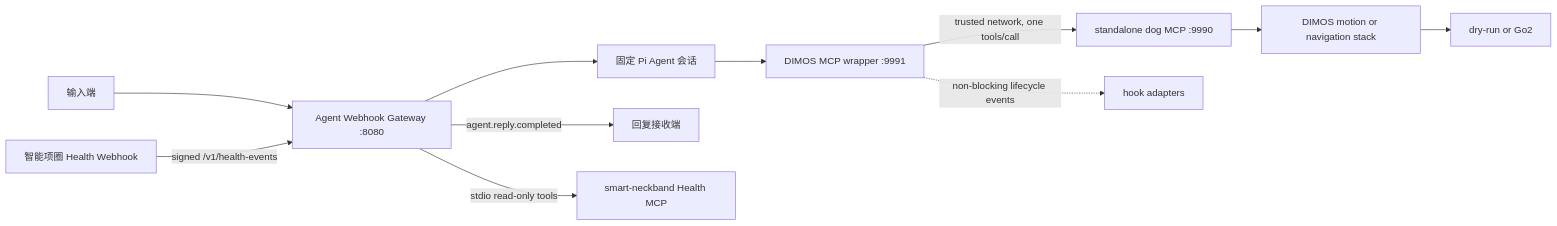
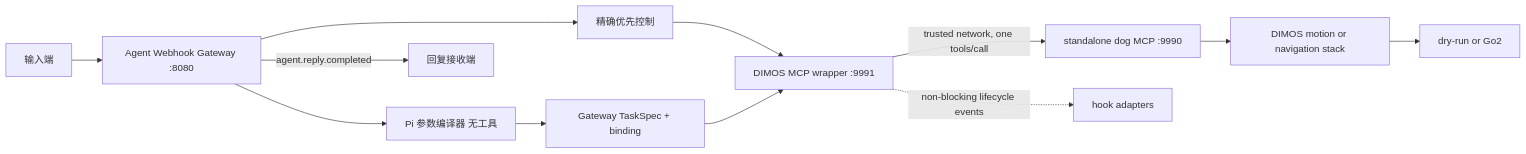
One commit to J9HSON/agent changed the diagram in CONTEXT.md. Above: the diagram before and after it, drawn with Mermaid. The commit also changed other lines of this file and 87 other files, not shown here.

````diff
--- a/CONTEXT.md
+++ b/CONTEXT.md
@@ -39,13 +87,14 @@
 ```mermaid
 flowchart LR
     I[输入端] --> G[Agent Webhook Gateway :8080]
-    G --> A[固定 Pi Agent 会话]
-    A --> B[DIMOS MCP wrapper :9991]
+    G --> A[Pi 参数编译器 无工具]
+    A --> T[Gateway TaskSpec + binding]
+    G --> P[精确优先控制]
+    P --> B
+    T --> B[DIMOS MCP wrapper :9991]
     B -->|trusted network, one tools/call| C[standalone dog MCP :9990]
     C --> D[DIMOS motion or navigation stack]
     D --> E[dry-run or Go2]
     B -. non-blocking lifecycle events .-> F[hook adapters]
     G -->|agent.reply.completed| R[回复接收端]
-    H[智能项圈 Health Webhook] -->|signed /v1/health-events| G
-    G -->|stdio read-only tools| M[smart-neckband Health MCP]
 ```
````
